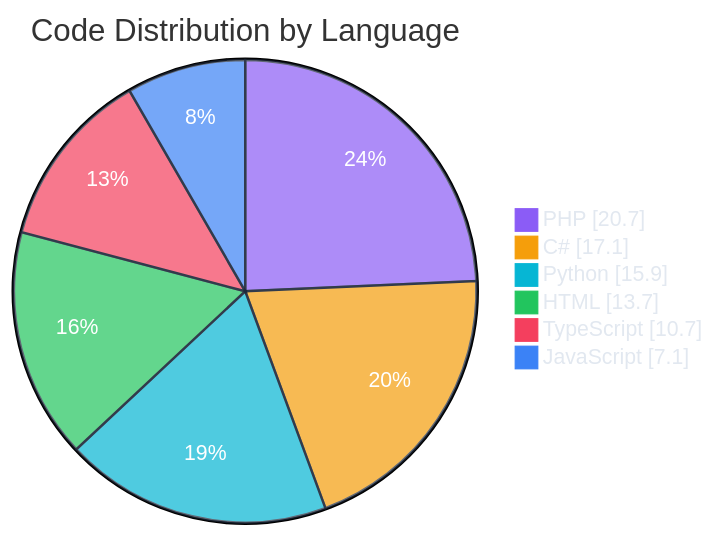
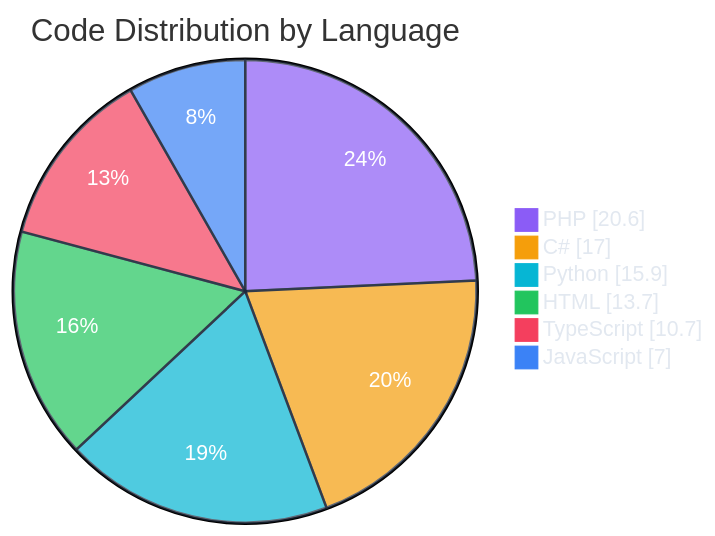
Before and after one commit to polo-nyan/polo-nyan: the second of 7 diagrams in README.md, drawn with Mermaid. The commit also changed other lines of this file and 1 other file, not shown here.

````diff
--- a/README.md
+++ b/README.md
@@ -229,11 +229,11 @@
 ```mermaid
 %%{init: {"theme": "base", "themeVariables": { "pie1": "#8b5cf6", "pie2": "#f59e0b", "pie3": "#06b6d4", "pie4": "#22c55e", "pie5": "#f43f5e", "pie6": "#3b82f6", "pie7": "#ec4899", "pieTextColor": "#ffffff", "pieLegendTextColor": "#e2e8f0", "pieSectionTextColor": "#ffffff", "pieStrokeColor": "#1e293b" }}}%%
 pie showData
     title Code Distribution by Language
-    "PHP" : 20.7
-    "C#" : 17.1
+    "PHP" : 20.6
+    "C#" : 17.0
     "Python" : 15.9
     "HTML" : 13.7
     "TypeScript" : 10.7
-    "JavaScript" : 7.1
+    "JavaScript" : 7.0
 ```
````
